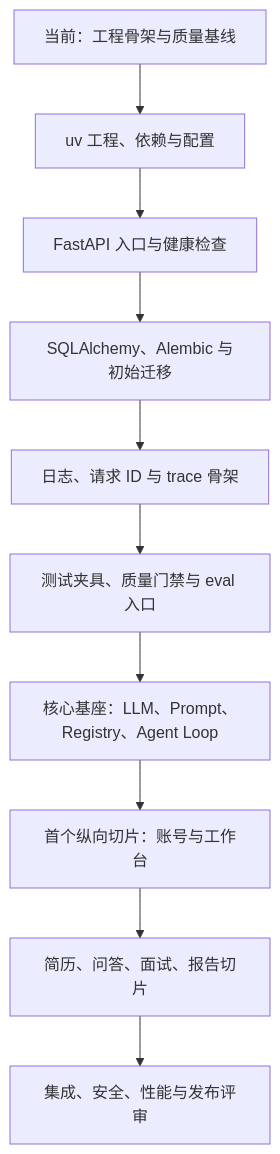
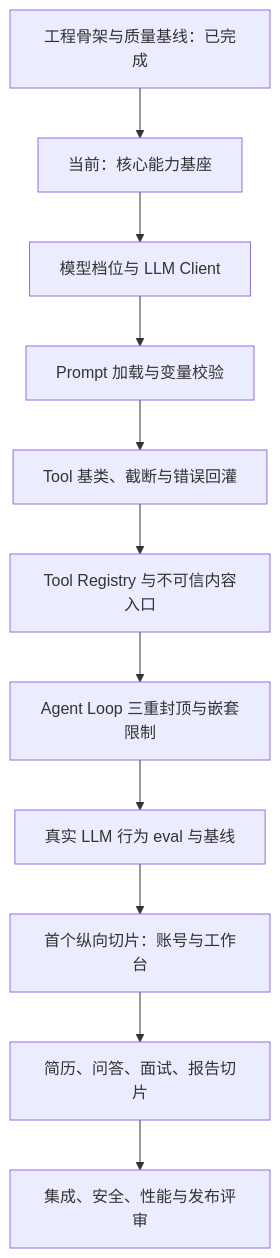
One commit to Rainloury/technical-interview-agent changed the diagram in docs/next-steps.md. Above: the diagram before and after it, drawn with Mermaid. The commit also changed other lines of this file and 48 other files, not shown here.

````diff
--- a/docs/next-steps.md
+++ b/docs/next-steps.md
@@ -35,12 +39,13 @@
 ```mermaid
 flowchart TD
-    N0["当前：工程骨架与质量基线"] --> N1["uv 工程、依赖与配置"]
-    N1 --> N2["FastAPI 入口与健康检查"]
-    N2 --> N3["SQLAlchemy、Alembic 与初始迁移"]
-    N3 --> N4["日志、请求 ID 与 trace 骨架"]
-    N4 --> N5["测试夹具、质量门禁与 eval 入口"]
-    N5 --> N6["核心基座：LLM、Prompt、Registry、Agent Loop"]
+    S0["工程骨架与质量基线：已完成"] --> N0["当前：核心能力基座"]
+    N0 --> N1["模型档位与 LLM Client"]
+    N1 --> N2["Prompt 加载与变量校验"]
+    N2 --> N3["Tool 基类、截断与错误回灌"]
+    N3 --> N4["Tool Registry 与不可信内容入口"]
+    N4 --> N5["Agent Loop 三重封顶与嵌套限制"]
+    N5 --> N6["真实 LLM 行为 eval 与基线"]
     N6 --> N7["首个纵向切片：账号与工作台"]
     N7 --> N8["简历、问答、面试、报告切片"]
     N8 --> N9["集成、安全、性能与发布评审"]
 ```
````
